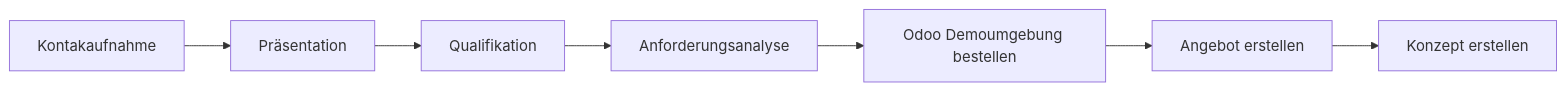
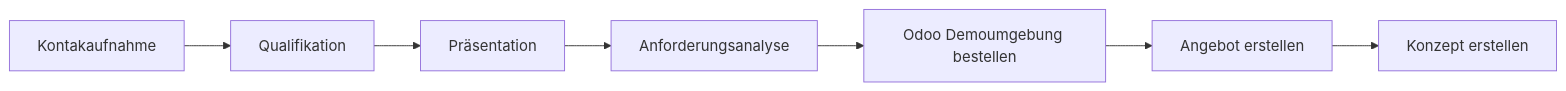
The diagram in Prozesse Akquise.md (Mint-System/Wiki), drawn with Mermaid before and after one commit. The commit also changed other lines of this file and 3 other files, not shown here.

````diff
--- a/Prozesse Akquise.md
+++ b/Prozesse Akquise.md
@@ -6,9 +6,9 @@
 ```mermaid
 graph LR;
-    A[Kontakaufnahme]-->B[Präsentation];
-    B-->G[Qualifikation];
+    A[Kontakaufnahme]-->B[Qualifikation];
+    B-->G[Präsentation];
     G-->C[Anforderungsanalyse];
     C-->D[Odoo Demoumgebung bestellen];
     D-->E[Angebot erstellen]
 	E-->F[Konzept erstellen]
 ```
````
